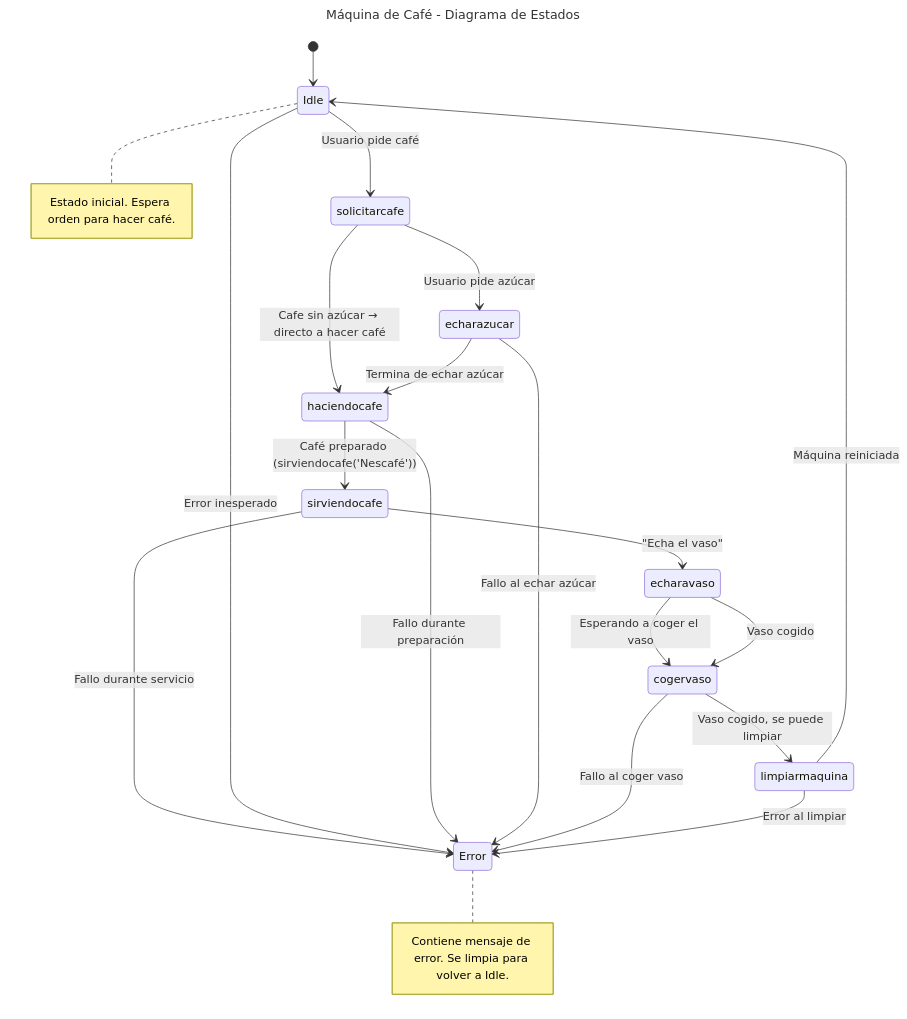
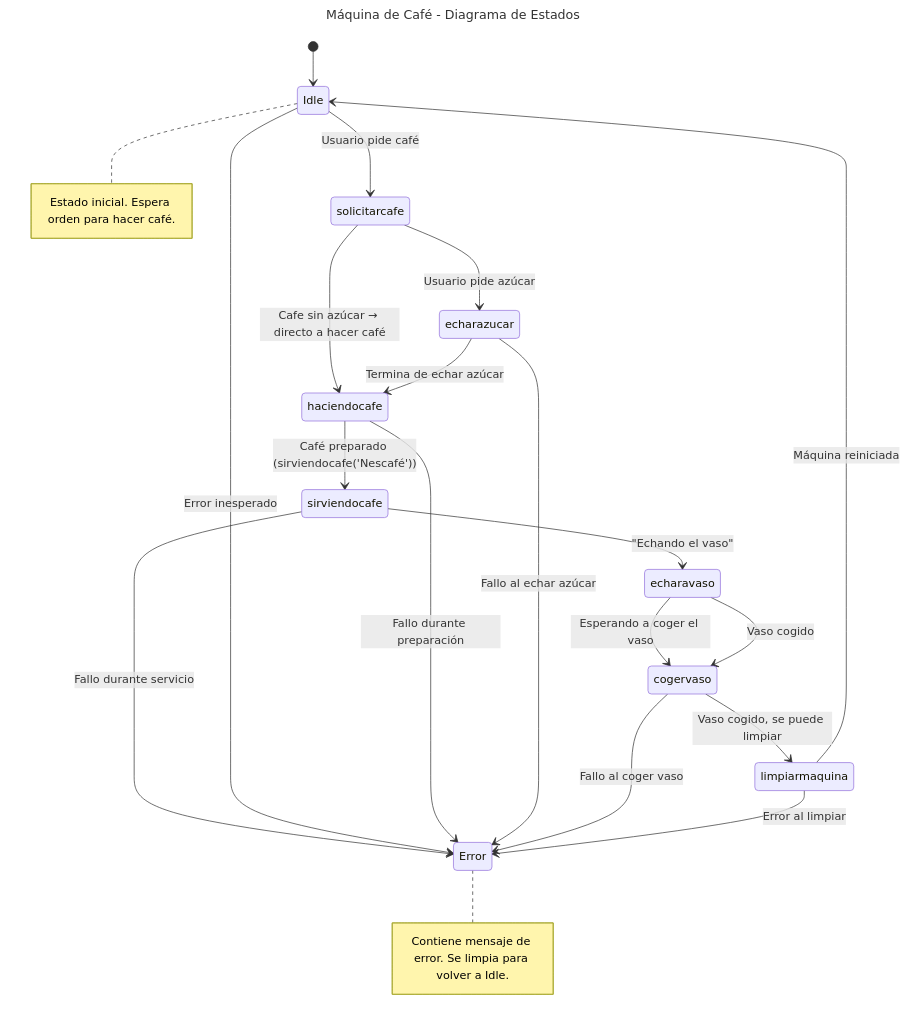
One commit to shermidagre/PMDM changed the diagram in 1trabajo/src/diagrama.mmd. Above: the diagram before and after it, drawn with Mermaid.

Commit message:
actu diagrama.mmd

```diff
--- a/1trabajo/src/diagrama.mmd
+++ b/1trabajo/src/diagrama.mmd
@@ -1,23 +1,23 @@
 ---
 title: Máquina de Café - Diagrama de Estados
 ---
 stateDiagram-v2
 [*] --> Idle
 Idle --> solicitarcafe: Usuario pide café
 solicitarcafe --> echarazucar: Usuario pide azúcar
 solicitarcafe --> haciendocafe: Cafe sin azúcar → directo a hacer café
 echarazucar --> haciendocafe: Termina de echar azúcar
 haciendocafe --> sirviendocafe: Café preparado (sirviendocafe('Nescafé'))
 sirviendocafe --> Error: Fallo durante servicio
 Idle --> Error: Error inesperado
 haciendocafe --> Error: Fallo durante preparación
 echarazucar --> Error: Fallo al echar azúcar
-sirviendocafe --> echaravaso: "Echa el vaso"
+sirviendocafe --> echaravaso: "Echando el vaso"
 echaravaso --> cogervaso: Esperando a coger el vaso
 cogervaso --> Error: Fallo al coger vaso
 echaravaso --> cogervaso: Vaso cogido
 cogervaso --> limpiarmaquina:  Vaso cogido, se puede limpiar
 limpiarmaquina --> Idle: Máquina reiniciada
 limpiarmaquina --> Error: Error al limpiar
 note right of Idle: Estado inicial. Espera orden para hacer café.
 note right of Error: Contiene mensaje de error. Se limpia para volver a Idle.
```
